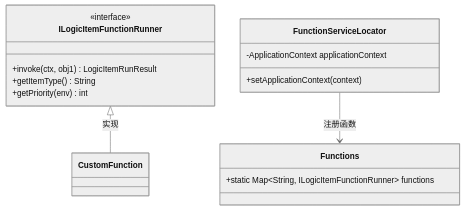
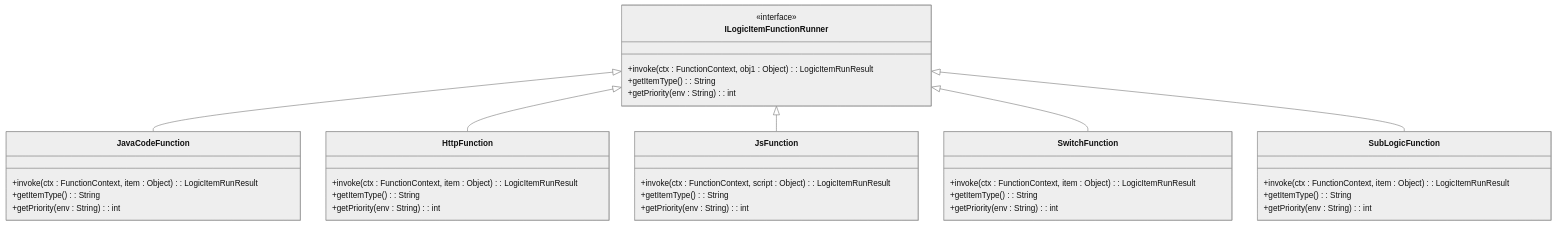
One commit to lk-keep-fighting/logic-solution changed the second of 5 diagrams in .qoder/repowiki/zh/content/扩展开发/扩展开发.md. Above: the diagram before and after it, drawn with Mermaid (neutral theme). The commit also changed other lines of this file and 104 other files, not shown here.

````diff
--- a/.qoder/repowiki/zh/content/扩展开发/扩展开发.md
+++ b/.qoder/repowiki/zh/content/扩展开发/扩展开发.md
@@ -38,18 +69,39 @@
 ```mermaid
 classDiagram
 class ILogicItemFunctionRunner {
 <<interface>>
-+invoke(ctx, obj1) LogicItemRunResult
-+getItemType() String
-+getPriority(env) int
++invoke(ctx : FunctionContext, obj1 : Object) : LogicItemRunResult
++getItemType() : String
++getPriority(env : String) : int
 }
-class FunctionServiceLocator {
--ApplicationContext applicationContext
-+setApplicationContext(context)
+class JavaCodeFunction {
++invoke(ctx : FunctionContext, item : Object) : LogicItemRunResult
++getItemType() : String
++getPriority(env : String) : int
 }
-class Functions {
-+static Map~String, ILogicItemFunctionRunner~ functions
+class HttpFunction {
++invoke(ctx : FunctionContext, item : Object) : LogicItemRunResult
++getItemType() : String
++getPriority(env : String) : int
 }
-FunctionServiceLocator --> Functions : 注册函数
-ILogicItemFunctionRunner <|-- CustomFunction : 实现
+class JsFunction {
++invoke(ctx : FunctionContext, script : Object) : LogicItemRunResult
++getItemType() : String
++getPriority(env : String) : int
+}
+class SwitchFunction {
++invoke(ctx : FunctionContext, item : Object) : LogicItemRunResult
++getItemType() : String
++getPriority(env : String) : int
+}
+class SubLogicFunction {
++invoke(ctx : FunctionContext, item : Object) : LogicItemRunResult
++getItemType() : String
++getPriority(env : String) : int
+}
+ILogicItemFunctionRunner <|-- JavaCodeFunction
+ILogicItemFunctionRunner <|-- HttpFunction
+ILogicItemFunctionRunner <|-- JsFunction
+ILogicItemFunctionRunner <|-- SwitchFunction
+ILogicItemFunctionRunner <|-- SubLogicFunction
 ```
````
